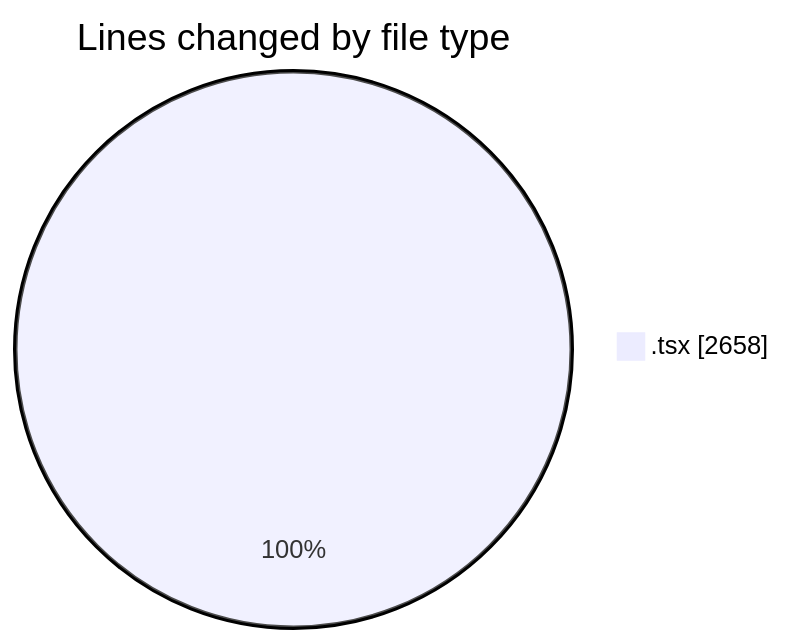
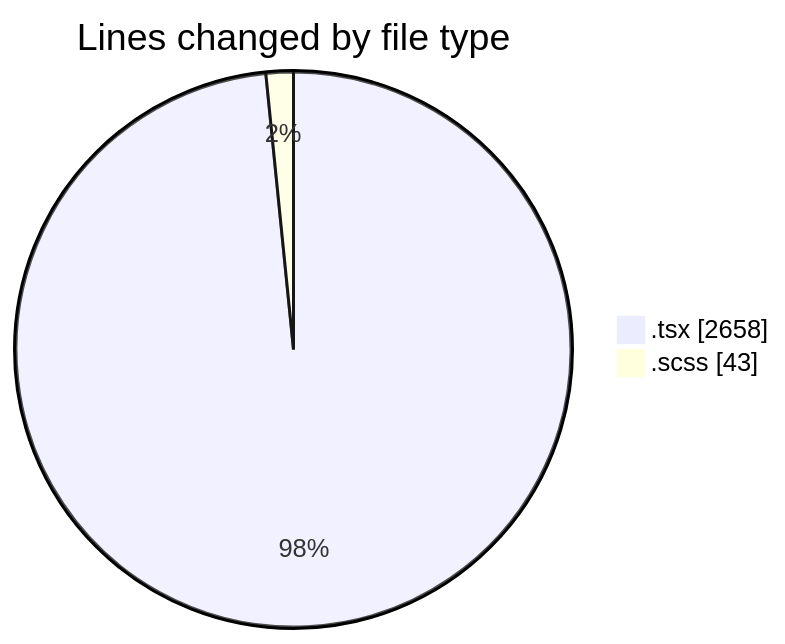
One commit to momahboobian/code-tracking changed the first of 2 diagrams in 2025-06-13/cda/README.md. Above: the diagram before and after it, drawn with Mermaid. The commit also changed other lines of this file and 1 other file, not shown here.

````diff
--- a/2025-06-13/cda/README.md
+++ b/2025-06-13/cda/README.md
@@ -26,5 +27,6 @@
 ```mermaid
 pie showData
 title Lines changed by file type
 ".tsx" : 2658
+".scss" : 43
 ```
````
